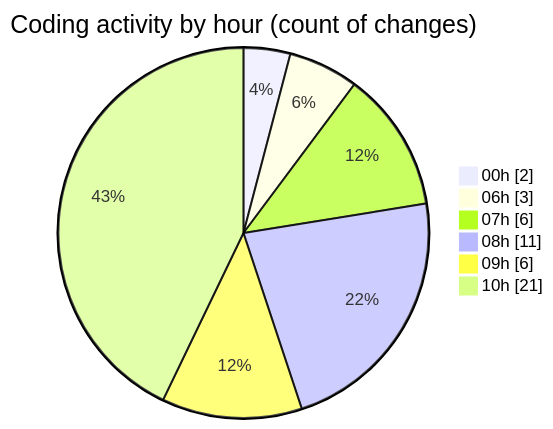
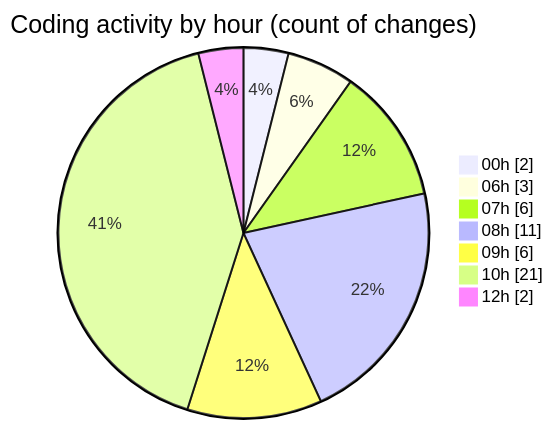
One commit to Elitesun/code-tracking changed the second of 2 diagrams in 2025-05-15/niten/README.md. Above: the diagram before and after it, drawn with Mermaid. The commit also changed other lines of this file and 1 other file, not shown here.

````diff
--- a/2025-05-15/niten/README.md
+++ b/2025-05-15/niten/README.md
@@ -48,10 +48,11 @@
 ```mermaid
 pie showData
 title Coding activity by hour (count of changes)
 "00h" : 2
 "06h" : 3
 "07h" : 6
 "08h" : 11
 "09h" : 6
 "10h" : 21
+"12h" : 2
 ```
````
